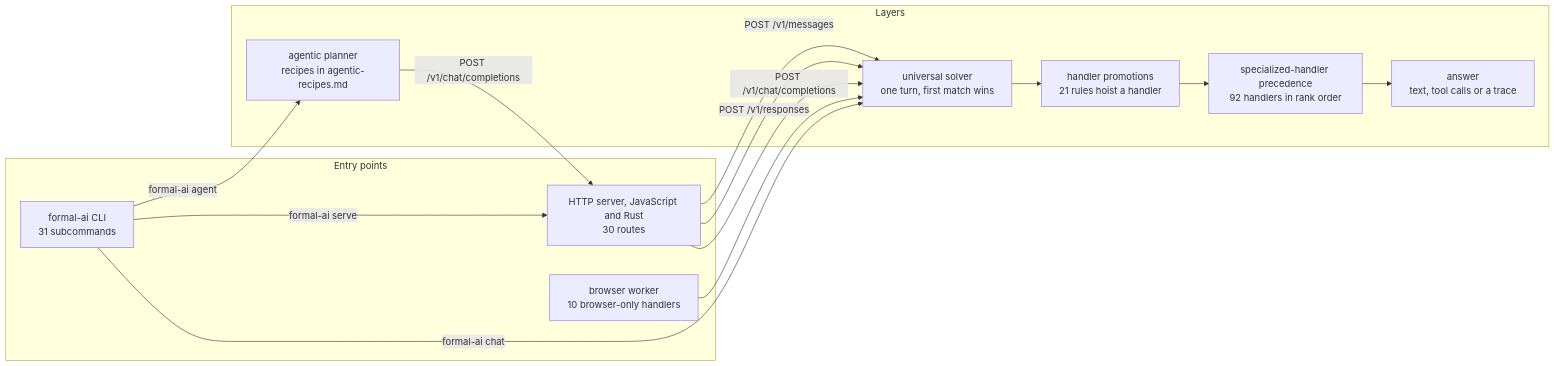
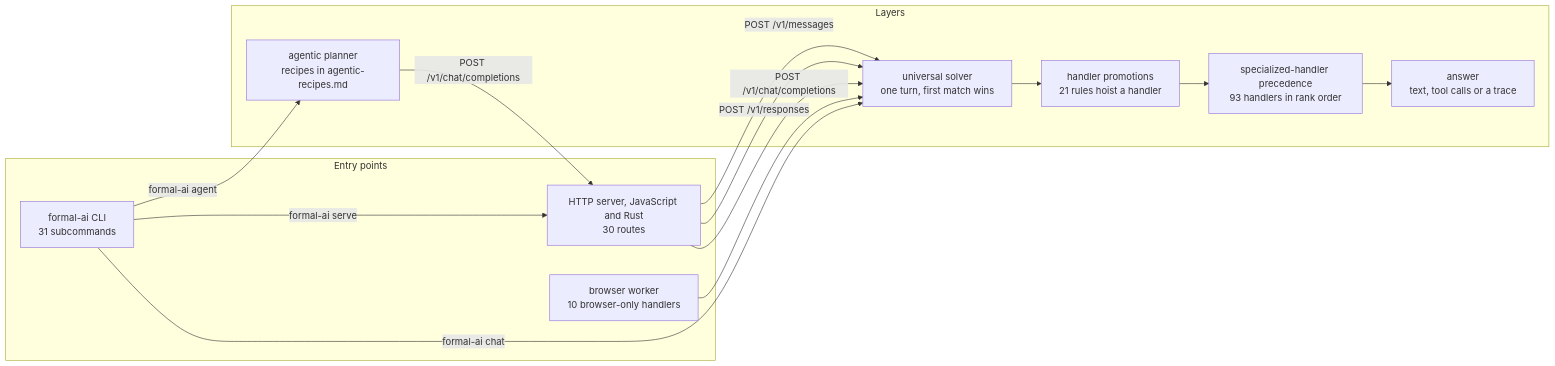
The diagram in docs/diagrams/system-overview.md (link-assistant/formal-ai), drawn with Mermaid before and after one commit. The commit also changed 406 other files, not shown here.

````diff
--- a/docs/diagrams/system-overview.md
+++ b/docs/diagrams/system-overview.md
@@ -13,26 +13,26 @@
 ```mermaid
 flowchart LR
     subgraph entries["Entry points"]
         cli["formal-ai CLI<br/>31 subcommands"]
         http["HTTP server, JavaScript and Rust<br/>30 routes"]
         browser["browser worker<br/>10 browser-only handlers"]
     end
     subgraph layers["Layers"]
         planner["agentic planner<br/>recipes in agentic-recipes.md"]
         solver["universal solver<br/>one turn, first match wins"]
         promotions["handler promotions<br/>21 rules hoist a handler"]
-        precedence["specialized-handler precedence<br/>92 handlers in rank order"]
+        precedence["specialized-handler precedence<br/>93 handlers in rank order"]
         answer["answer<br/>text, tool calls or a trace"]
     end
     cli -->|"formal-ai chat"| solver
     cli -->|"formal-ai serve"| http
     cli -->|"formal-ai agent"| planner
     http -->|"POST /v1/chat/completions"| solver
     http -->|"POST /v1/responses"| solver
     http -->|"POST /v1/messages"| solver
     browser --> solver
     planner -->|"POST /v1/chat/completions"| http
     solver --> promotions
     promotions --> precedence
     precedence --> answer
 ```
````
